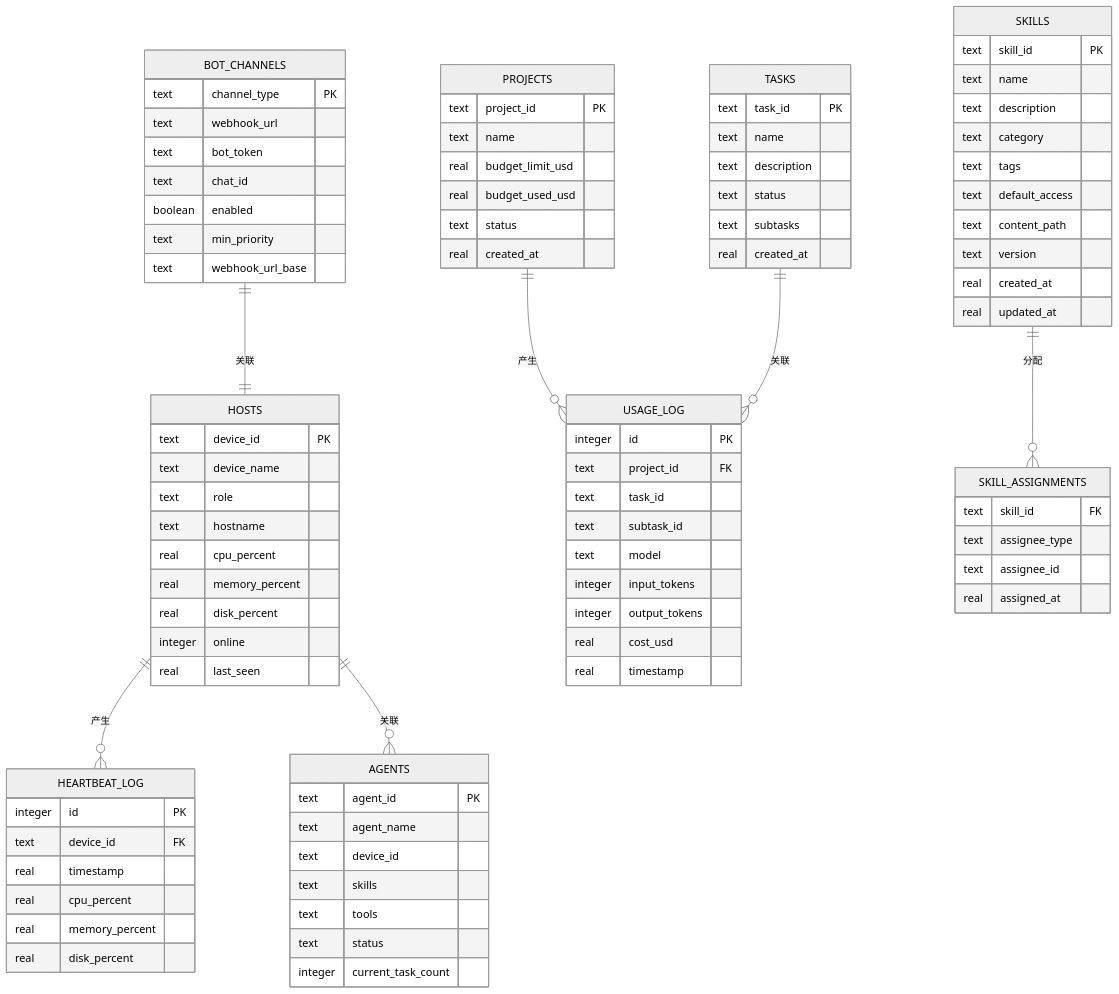
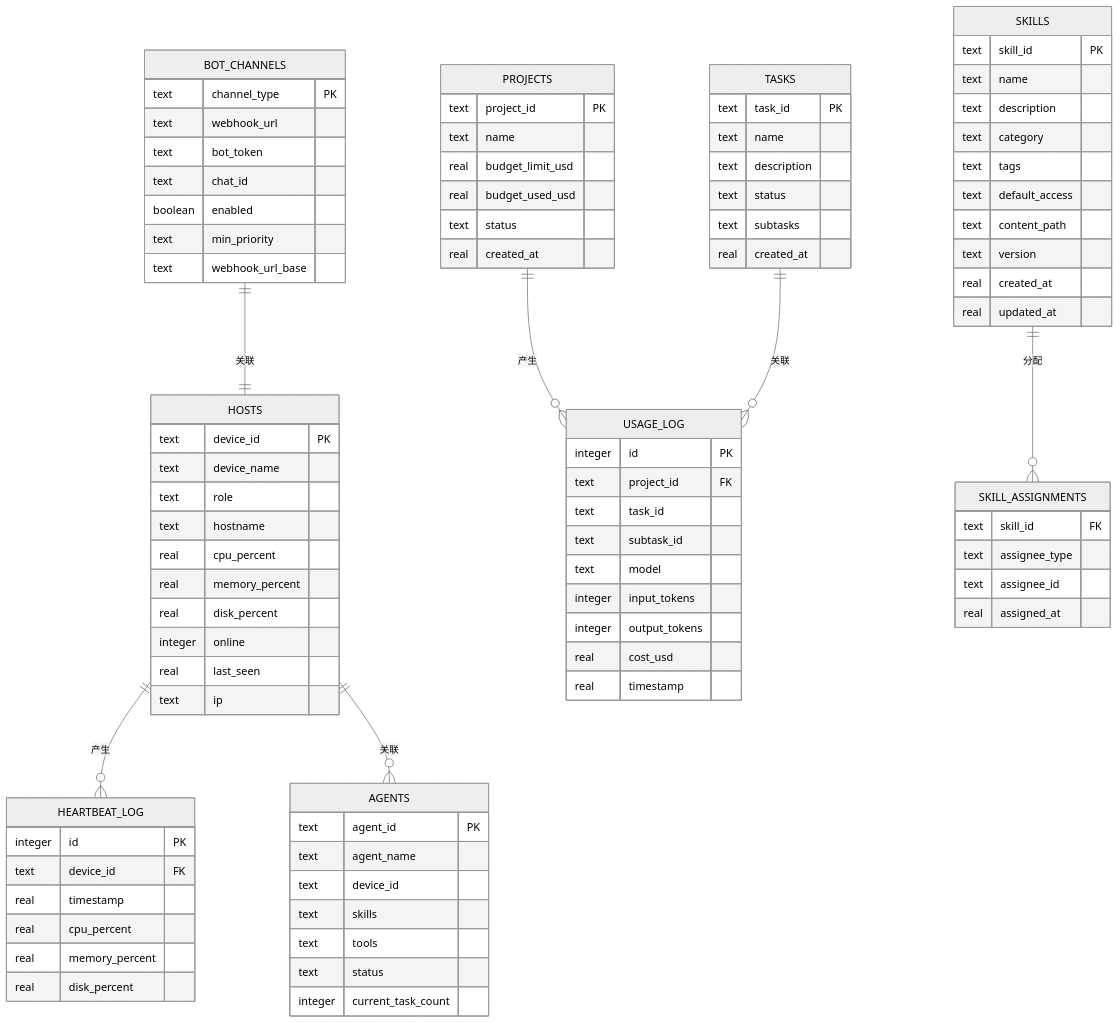
Diagram 16 of 19 in .qoder/repowiki/zh/content/核心模块/工作站管理模块.md (targalian/Personal-distributed-workstation), drawn with Mermaid (neutral theme) before and after one commit. The commit also changed other lines of this file and 81 other files, not shown here.

```diff
--- a/.qoder/repowiki/zh/content/核心模块/工作站管理模块.md
+++ b/.qoder/repowiki/zh/content/核心模块/工作站管理模块.md
@@ -803,6 +827,7 @@
 real disk_percent
 integer online
 real last_seen
+text ip
 }
 HEARTBEAT_LOG {
 integer id PK
```
